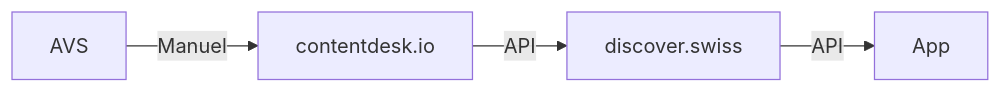
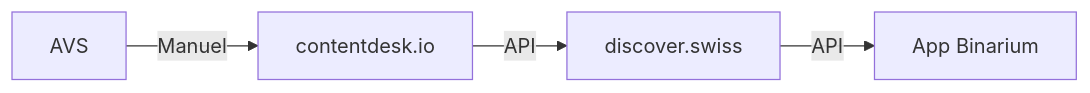
Before and after one commit to tsolenthaler/docs.contentdesk.io: the first of 7 diagrams in docs/dev/projects/glarnerlandApp.md, drawn with Mermaid. The commit also changed other lines of this file, not shown here.

Commit message:
Refactor graph orientation to top-down in glarnerlandApp.md and add connection between SystemAVS and SystemCD

````diff
--- a/docs/dev/projects/glarnerlandApp.md
+++ b/docs/dev/projects/glarnerlandApp.md
@@ -23,11 +23,11 @@
 ``` mermaid
 graph LR
     SystemAVS[AVS]
     SystemCD[contentdesk.io]
     SystemDiscover[discover.swiss]
-    SystemApp[App]
+    SystemApp[App Binarium]
 
     SystemAVS -->|Manuel| SystemCD
     SystemCD -->|API| SystemDiscover
     SystemDiscover -->|API| SystemApp
 ```
````
